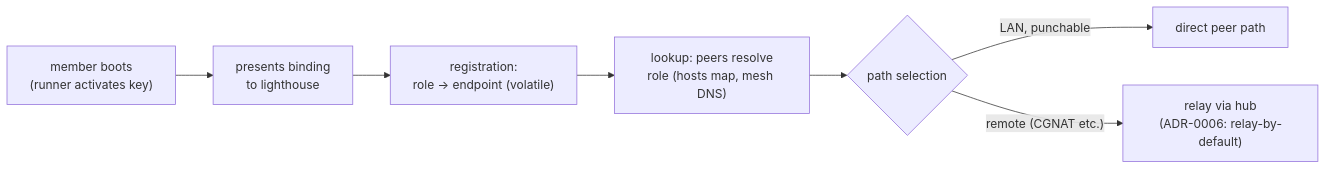
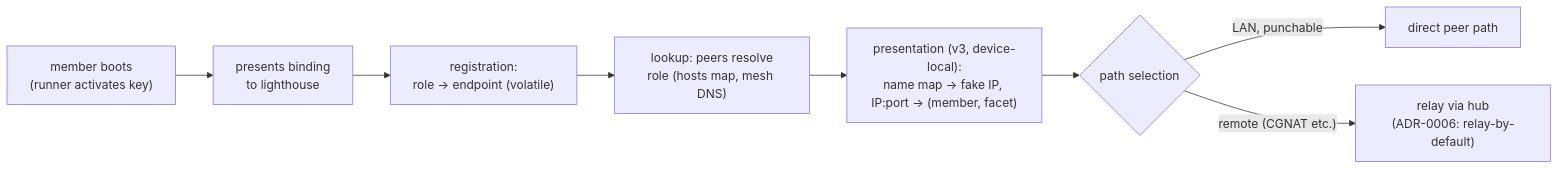
The sixth of 6 diagrams in docs/desired-state/domain-model.md (marnyg/talos-config), drawn with Mermaid before and after one commit. The commit also changed other lines of this file and 5 other files, not shown here.

Commit message:
docs: P2.0 desktop presentation live — handoff/focus/notes, ADR-0025 (Proposed), domain model: presentation + facet natural port, exploration log for 4fm/fgr/eda

````diff
--- a/docs/desired-state/domain-model.md
+++ b/docs/desired-state/domain-model.md
@@ -306,9 +306,10 @@
 ```mermaid
 flowchart LR
     A["member boots\n(runner activates key)"] --> B["presents binding\nto lighthouse"]
     B --> C["registration:\nrole → endpoint (volatile)"]
     C --> D["lookup: peers resolve\nrole (hosts map, mesh DNS)"]
-    D --> E{"path selection"}
+    D --> P["presentation (v3, device-local):\nname map → fake IP, IP:port → (member, facet)"]
+    P --> E{"path selection"}
     E -->|"LAN, punchable"| F["direct peer path"]
     E -->|"remote (CGNAT etc.)"| G["relay via hub\n(ADR-0006: relay-by-default)"]
 ```
````
